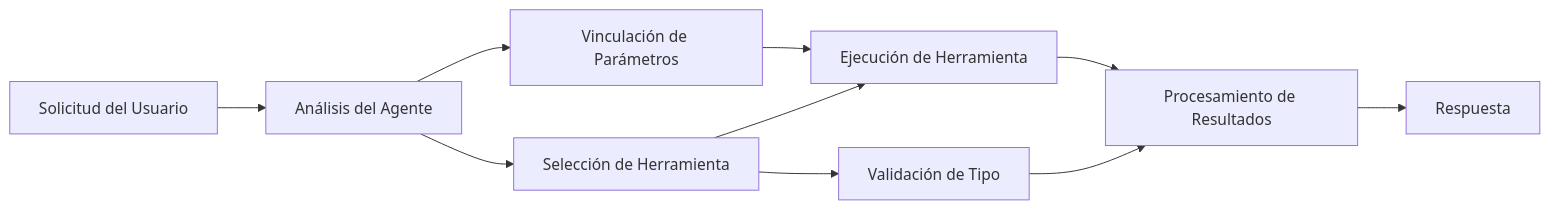
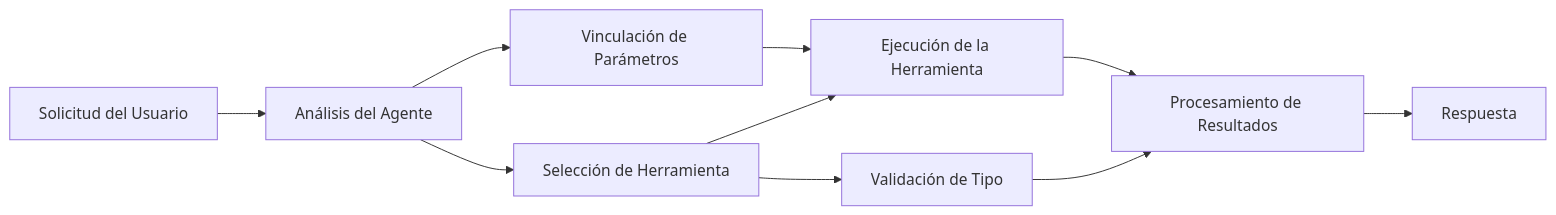
The diagram in translations/es/04-tool-use/code_samples/04-dotnet-agent-framework.md (venturemavenwill/azureaifundamentals), drawn with Mermaid before and after one commit. The commit also changed other lines of this file and 2002 other files, not shown here.

````diff
--- a/translations/es/04-tool-use/code_samples/04-dotnet-agent-framework.md
+++ b/translations/es/04-tool-use/code_samples/04-dotnet-agent-framework.md
@@ -40,12 +40,12 @@
 ```mermaid
 graph LR
     A[Solicitud del Usuario] --> B[Análisis del Agente]
     B --> C[Selección de Herramienta]
     C --> D[Validación de Tipo]
     B --> E[Vinculación de Parámetros]
-    E --> F[Ejecución de Herramienta]
+    E --> F[Ejecución de la Herramienta]
     C --> F
     F --> G[Procesamiento de Resultados]
     D --> G
     G --> H[Respuesta]
 ```
````
